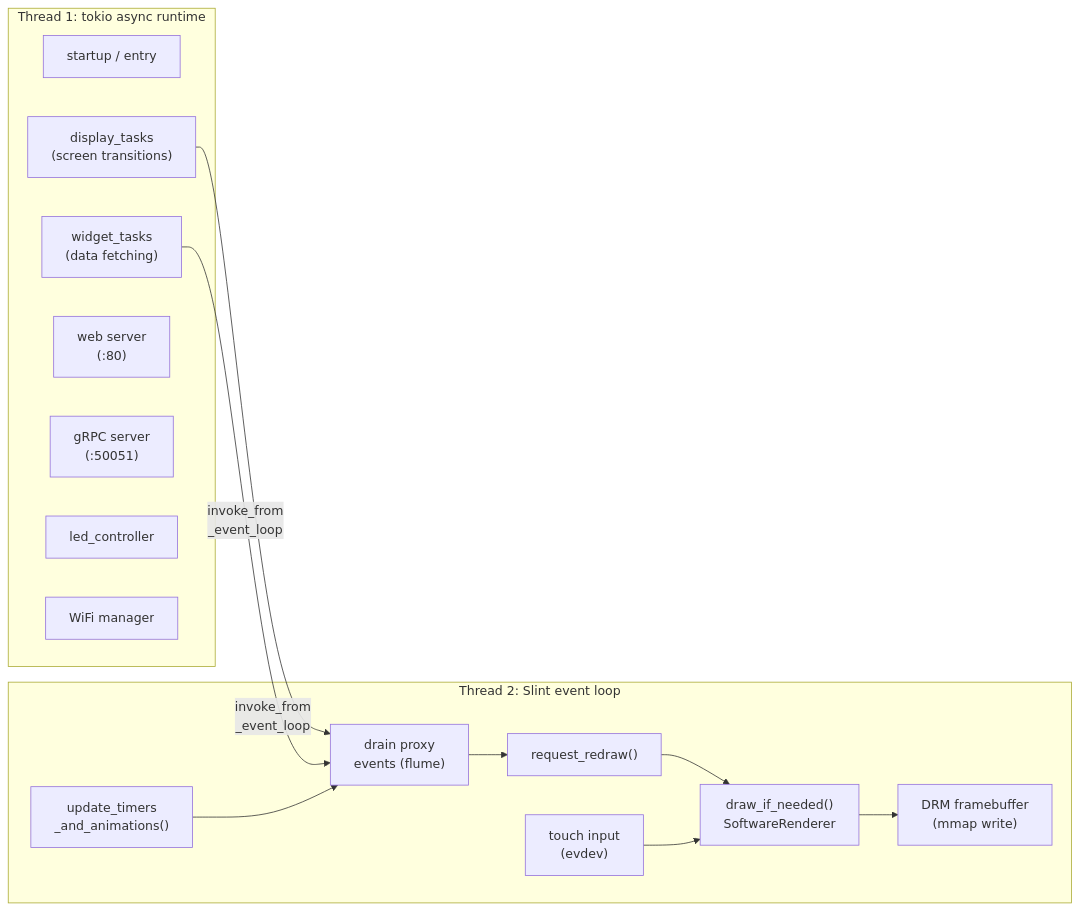
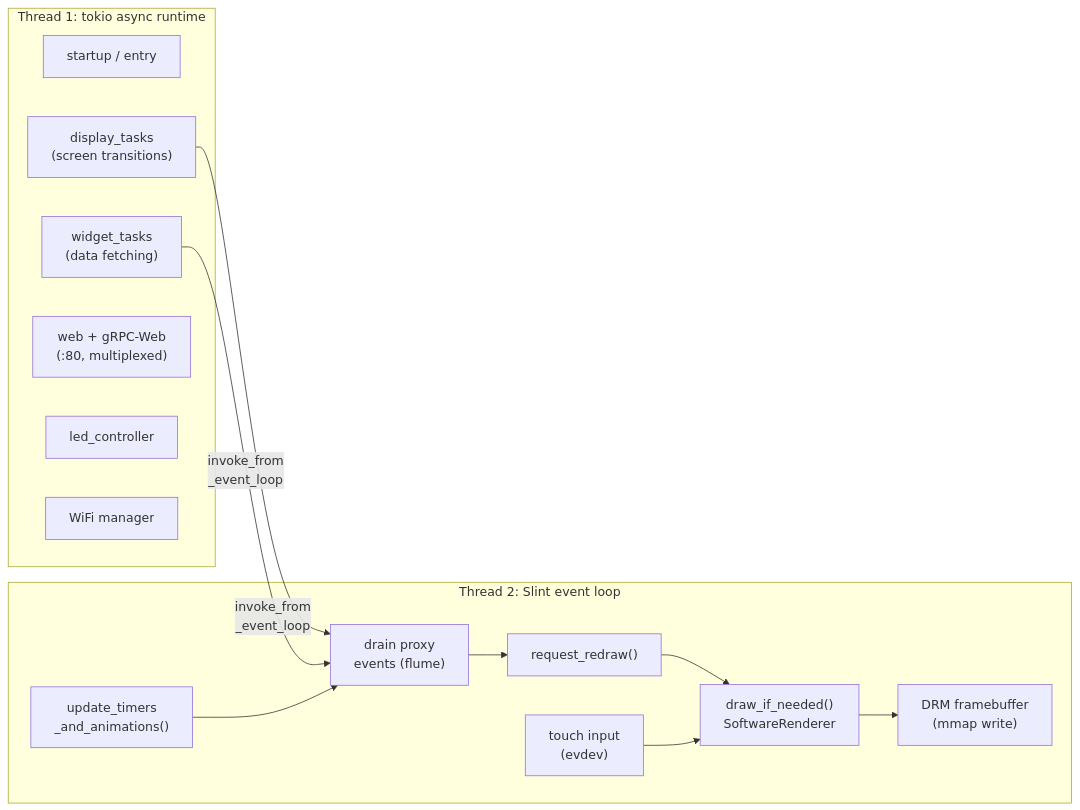
The diagram in docs/architecture/charts/thread-model.mermaid (BraiinsForge/bmc-main), drawn with Mermaid before and after one commit. The commit also changed 7 other files, not shown here.

```diff
--- a/docs/architecture/charts/thread-model.mermaid
+++ b/docs/architecture/charts/thread-model.mermaid
@@ -1,28 +1,27 @@
 graph LR
 
     subgraph "Thread 1: tokio async runtime"
         INIT["startup / entry"]
         DT["display_tasks\n(screen transitions)"]
         WT["widget_tasks\n(data fetching)"]
-        WEB["web server\n(:80)"]
-        GRPC["gRPC server\n(:50051)"]
+        WEB["web + gRPC-Web\n(:80, multiplexed)"]
         LED["led_controller"]
         WIFI["WiFi manager"]
     end
 
     subgraph "Thread 2: Slint event loop"
         TIMERS["update_timers\n_and_animations()"]
         PROXY["drain proxy\nevents (flume)"]
         REDRAW["request_redraw()"]
         TOUCH["touch input\n(evdev)"]
         RENDER["draw_if_needed()\nSoftwareRenderer"]
         DRM["DRM framebuffer\n(mmap write)"]
     end
 
     DT -->|"invoke_from\n_event_loop"| PROXY
     WT -->|"invoke_from\n_event_loop"| PROXY
     PROXY --> REDRAW
     REDRAW --> RENDER
     RENDER --> DRM
     TIMERS --> PROXY
     TOUCH --> RENDER
```
